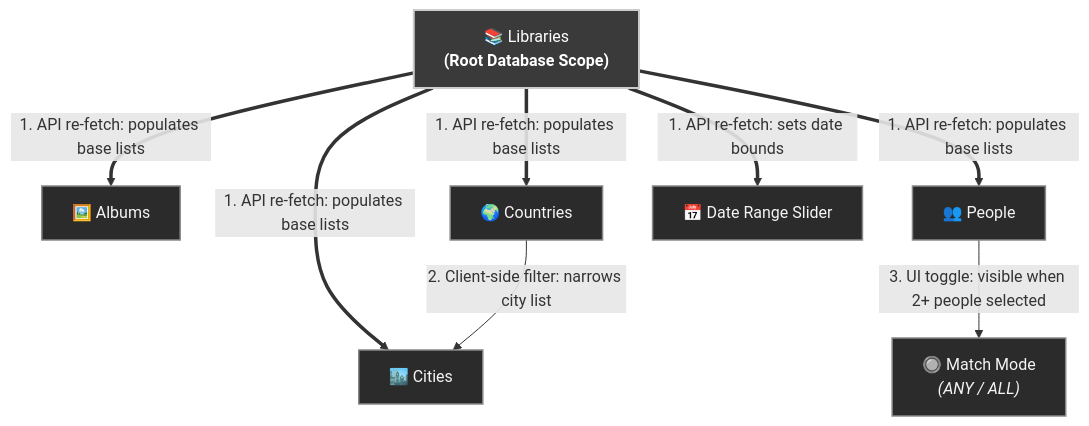
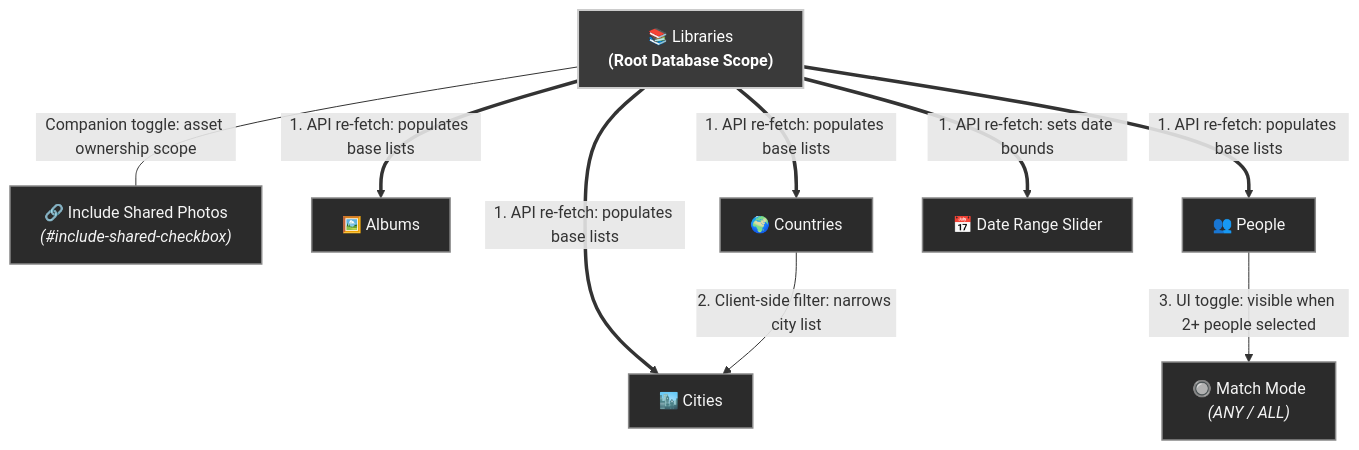
The third of 4 diagrams in docs/FILTERS.md (rafaelsavi/immich-quiz), drawn with Mermaid before and after one commit. The commit also changed other lines of this file and 14 other files, not shown here.

````diff
--- a/docs/FILTERS.md
+++ b/docs/FILTERS.md
@@ -45,26 +93,27 @@
 ```mermaid
 flowchart TD
     %% Greyscale Theme
     classDef greyRoot fill:#3a3a3a,stroke:#cccccc,stroke-width:2px,color:#ffffff;
     classDef greyNode fill:#2b2b2b,stroke:#888888,stroke-width:1.5px,color:#f5f5f5;
 
     Libraries["📚 Libraries<br/><b>(Root Database Scope)</b>"]:::greyRoot
-    
+    SharedToggle["🔗 Include Shared Photos<br/><i>(#include-shared-checkbox)</i>"]:::greyNode
     Albums["🖼️ Albums"]:::greyNode
     Countries["🌍 Countries"]:::greyNode
     Cities["🏙️ Cities"]:::greyNode
     People["👥 People"]:::greyNode
     PeopleMode["🔘 Match Mode<br/><i>(ANY / ALL)</i>"]:::greyNode
     DateSlider["📅 Date Range Slider"]:::greyNode
 
     %% Library selections populate downstream options
     Libraries ==>|1. API re-fetch: populates base lists| Albums
     Libraries ==>|1. API re-fetch: populates base lists| Countries
     Libraries ==>|1. API re-fetch: populates base lists| Cities
     Libraries ==>|1. API re-fetch: populates base lists| People
     Libraries ==>|1. API re-fetch: sets date bounds| DateSlider
+    Libraries ---|Companion toggle: asset ownership scope| SharedToggle
 
     %% Explicit downstream rules
     Countries -->|2. Client-side filter: narrows city list| Cities
     People -->|3. UI toggle: visible when 2+ people selected| PeopleMode
 ```
````
